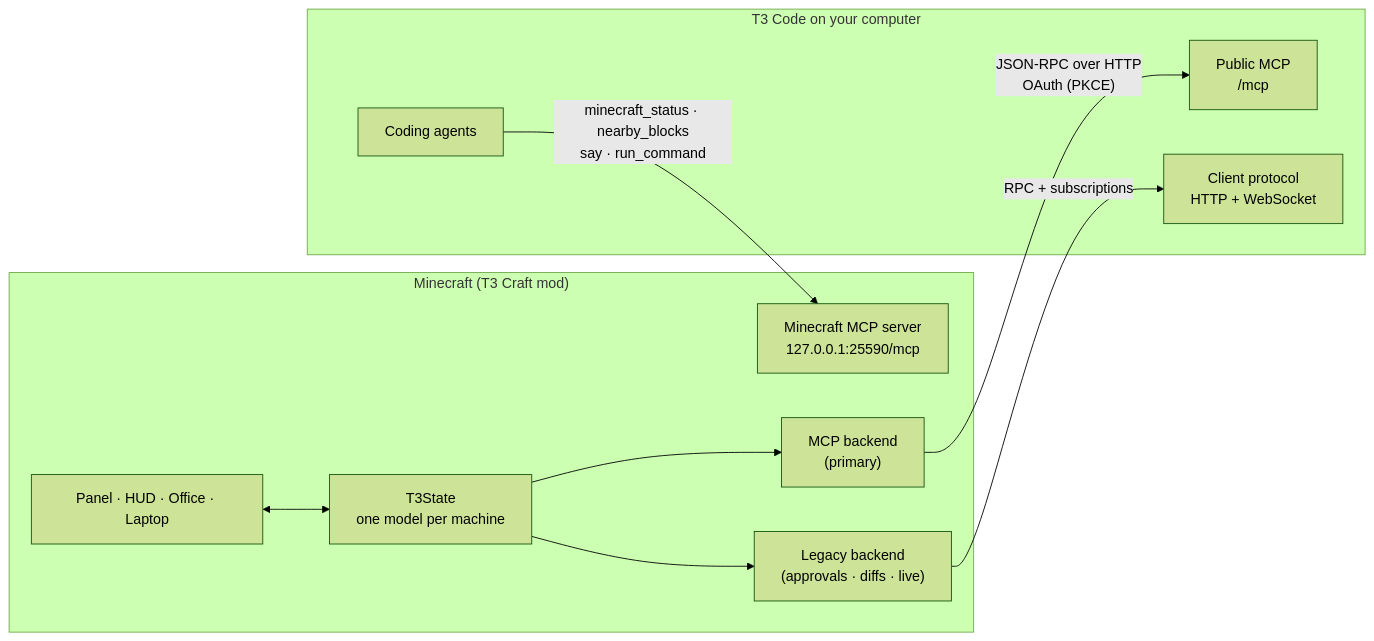
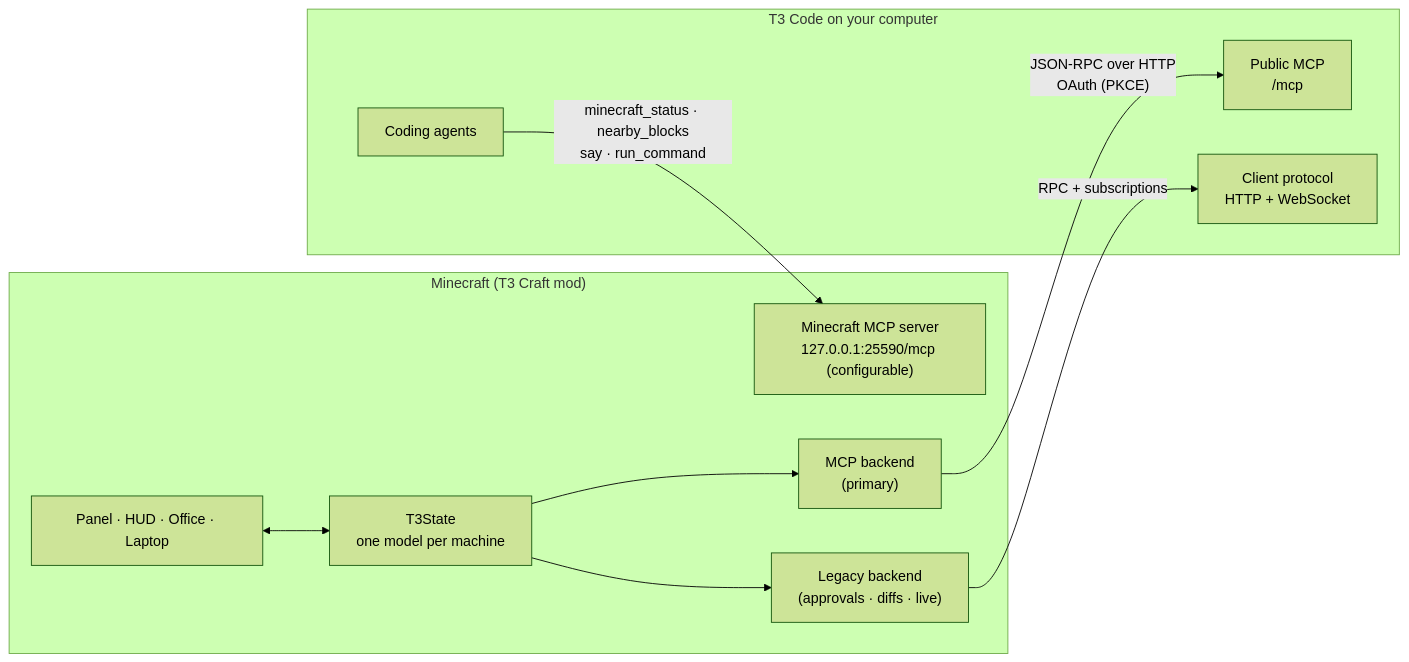
The first of 3 diagrams in docs/ARCHITECTURE.md (alexandros-lekkas/t3craft), drawn with Mermaid (forest theme) before and after one commit. The commit also changed other lines of this file and 47 other files, not shown here.

````diff
--- a/docs/ARCHITECTURE.md
+++ b/docs/ARCHITECTURE.md
@@ -16,23 +16,23 @@
 ```mermaid
 flowchart LR
     subgraph MC["Minecraft (T3 Craft mod)"]
         UI["Panel · HUD · Office · Laptop"]
         State["T3State<br/>one model per machine"]
         MCPB["MCP backend<br/>(primary)"]
         LEG["Legacy backend<br/>(approvals · diffs · live)"]
-        MCS["Minecraft MCP server<br/>127.0.0.1:25590/mcp"]
+        MCS["Minecraft MCP server<br/>127.0.0.1:25590/mcp (configurable)"]
         UI <--> State
         State --> MCPB
         State --> LEG
     end
 
     subgraph T3["T3 Code on your computer"]
         PUB["Public MCP<br/>/mcp"]
         CP["Client protocol<br/>HTTP + WebSocket"]
         AG["Coding agents"]
     end
 
     MCPB -- "JSON-RPC over HTTP<br/>OAuth (PKCE)" --> PUB
     LEG -- "RPC + subscriptions" --> CP
     AG -- "minecraft_status · nearby_blocks<br/>say · run_command" --> MCS
 ```
````
